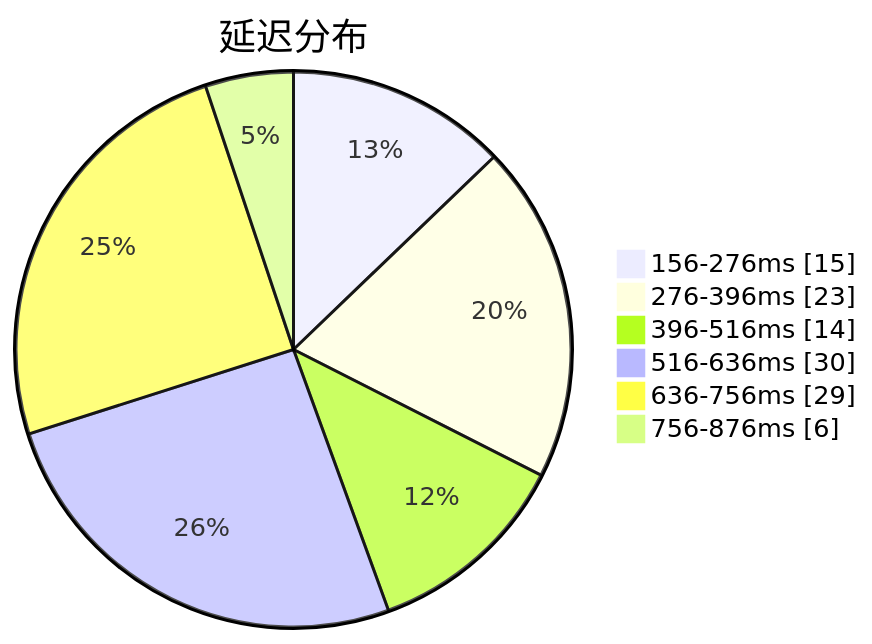
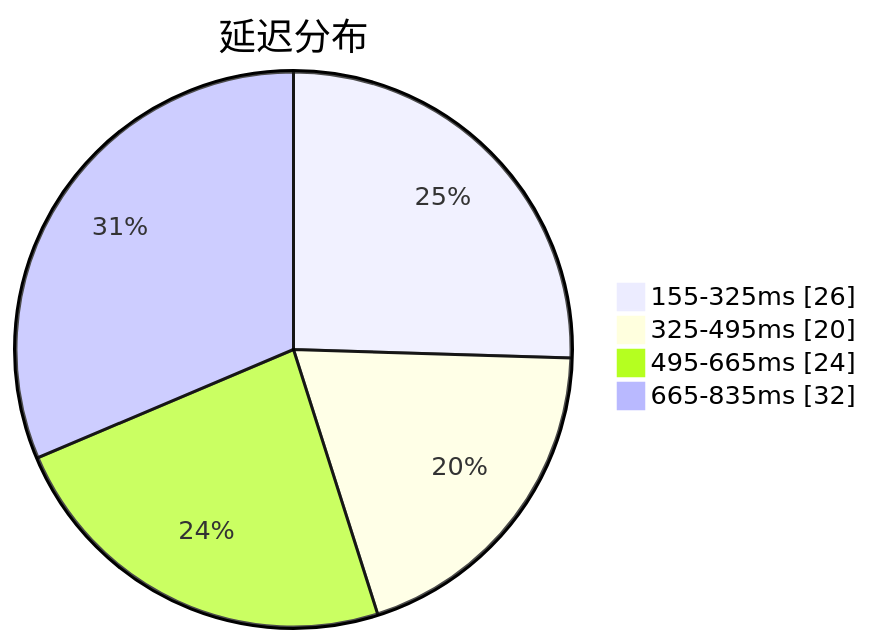
One commit to qjlxg/airport changed the first of 3 diagrams in subs/statistics/tested_within.md. Above: the diagram before and after it, drawn with Mermaid. The commit also changed other lines of this file and 2 other files, not shown here.

````diff
--- a/subs/statistics/tested_within.md
+++ b/subs/statistics/tested_within.md
@@ -2,10 +2,8 @@
 ```mermaid
 pie showData
 title 延迟分布
-"156-276ms" : 15
-"276-396ms" : 23
-"396-516ms" : 14
-"516-636ms" : 30
-"636-756ms" : 29
-"756-876ms" : 6
+"155-325ms" : 26
+"325-495ms" : 20
+"495-665ms" : 24
+"665-835ms" : 32
 ```
````
